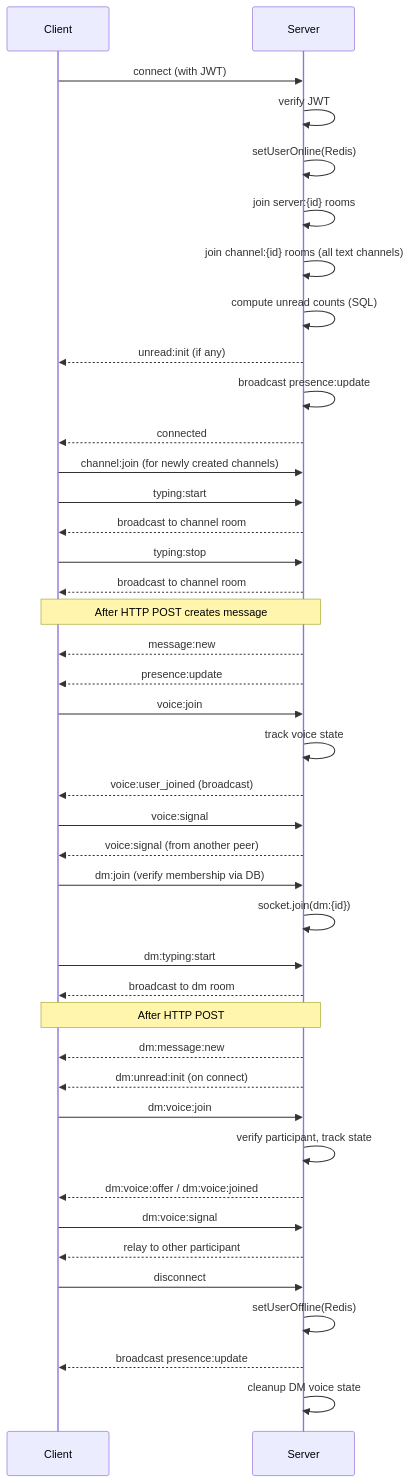
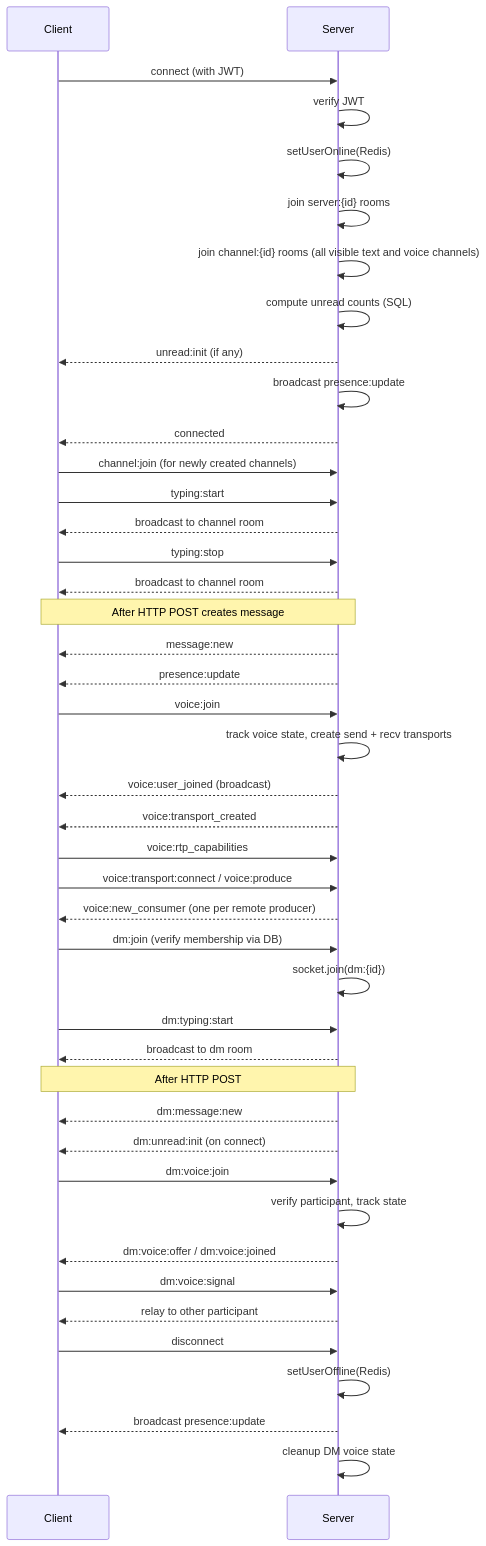
Before and after one commit to Aizen93/voxium: the fifth of 15 diagrams in Architecture.md, drawn with Mermaid. The commit also changed other lines of this file and 3 other files, not shown here.

````diff
--- a/Architecture.md
+++ b/Architecture.md
@@ -654,51 +909,53 @@
 ```mermaid
 sequenceDiagram
     participant Client
     participant Server
 
     Client->>Server: connect (with JWT)
     Server->>Server: verify JWT
     Server->>Server: setUserOnline(Redis)
     Server->>Server: join server:{id} rooms
-    Server->>Server: join channel:{id} rooms (all text channels)
+    Server->>Server: join channel:{id} rooms (all visible text and voice channels)
     Server->>Server: compute unread counts (SQL)
     Server-->>Client: unread:init (if any)
     Server->>Server: broadcast presence:update
     Server-->>Client: connected
 
     Client->>Server: channel:join (for newly created channels)
     Client->>Server: typing:start
     Server-->>Client: broadcast to channel room
     Client->>Server: typing:stop
     Server-->>Client: broadcast to channel room
 
     Note over Client,Server: After HTTP POST creates message
     Server-->>Client: message:new
     Server-->>Client: presence:update
 
     Client->>Server: voice:join
-    Server->>Server: track voice state
+    Server->>Server: track voice state, create send + recv transports
     Server-->>Client: voice:user_joined (broadcast)
-    Client->>Server: voice:signal
-    Server-->>Client: voice:signal (from another peer)
+    Server-->>Client: voice:transport_created
+    Client->>Server: voice:rtp_capabilities
+    Client->>Server: voice:transport:connect / voice:produce
+    Server-->>Client: voice:new_consumer (one per remote producer)
 
     Client->>Server: dm:join (verify membership via DB)
     Server->>Server: socket.join(dm:{id})
     Client->>Server: dm:typing:start
     Server-->>Client: broadcast to dm room
 
     Note over Client,Server: After HTTP POST
     Server-->>Client: dm:message:new
     Server-->>Client: dm:unread:init (on connect)
 
     Client->>Server: dm:voice:join
     Server->>Server: verify participant, track state
     Server-->>Client: dm:voice:offer / dm:voice:joined
     Client->>Server: dm:voice:signal
     Server-->>Client: relay to other participant
 
     Client->>Server: disconnect
     Server->>Server: setUserOffline(Redis)
     Server-->>Client: broadcast presence:update
     Server->>Server: cleanup DM voice state
 ```
````
